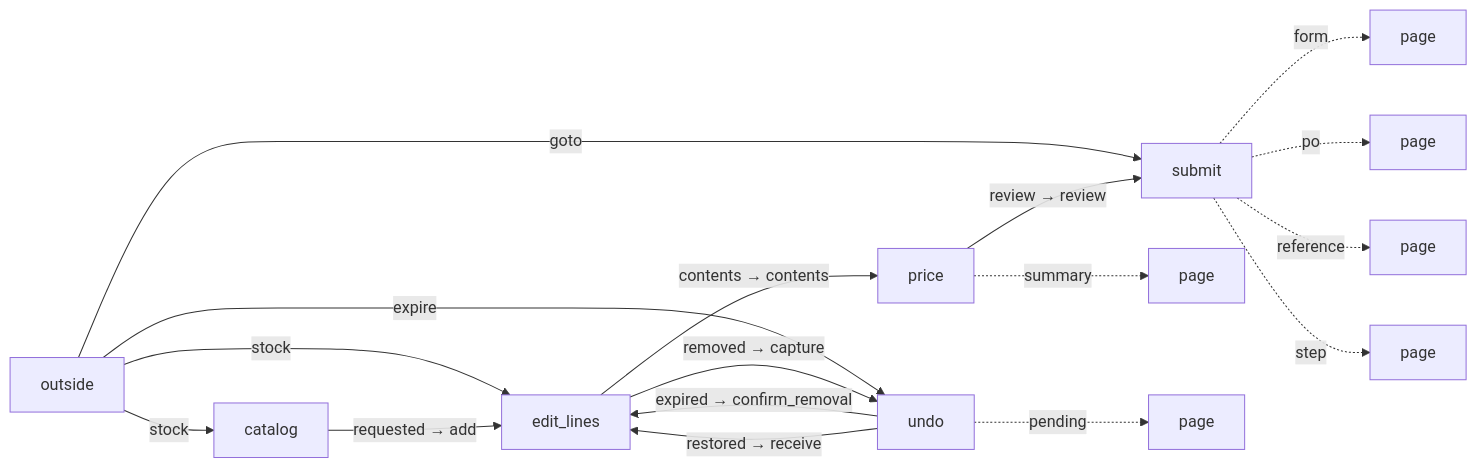
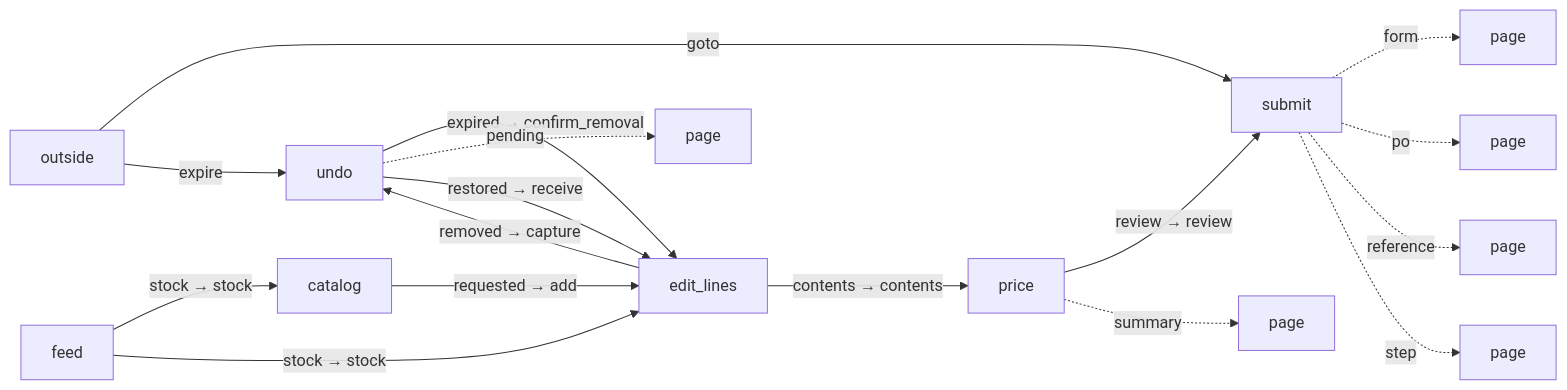
The diagram in v51b-shared-story/docs/diagrams/running/portal_live_show.md (modellurgist/ala_variants_elixir), drawn with Mermaid before and after one commit. The commit also changed 2760 other files, not shown here.

````diff
--- a/v51b-shared-story/docs/diagrams/running/portal_live_show.md
+++ b/v51b-shared-story/docs/diagrams/running/portal_live_show.md
@@ -3,19 +3,19 @@
 ```mermaid
 flowchart LR
-  outside -->|"stock"| catalog
-  outside -->|"stock"| edit_lines
   outside -->|"goto"| submit
   outside -->|"expire"| undo
   catalog -->|"requested → add"| edit_lines
   edit_lines -->|"contents → contents"| price
   edit_lines -->|"removed → capture"| undo
+  feed -->|"stock → stock"| catalog
+  feed -->|"stock → stock"| edit_lines
   price -->|"review → review"| submit
   price -.->|"summary"| page_price_summary[page]
   submit -.->|"form"| page_submit_form[page]
   submit -.->|"po"| page_submit_po[page]
   submit -.->|"reference"| page_submit_reference[page]
   submit -.->|"step"| page_submit_step[page]
   undo -->|"expired → confirm_removal"| edit_lines
   undo -.->|"pending"| page_undo_pending[page]
   undo -->|"restored → receive"| edit_lines
 ```
````
